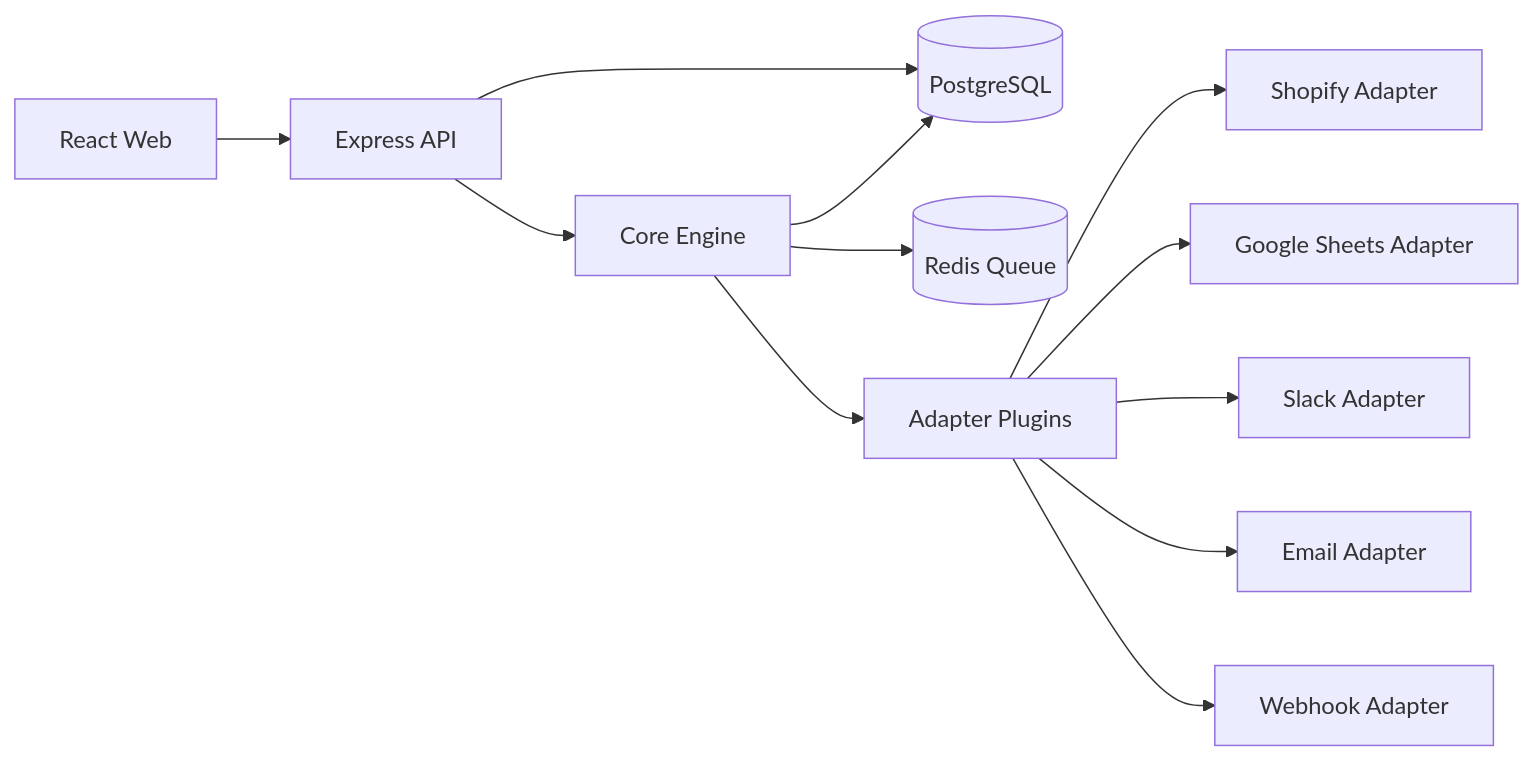
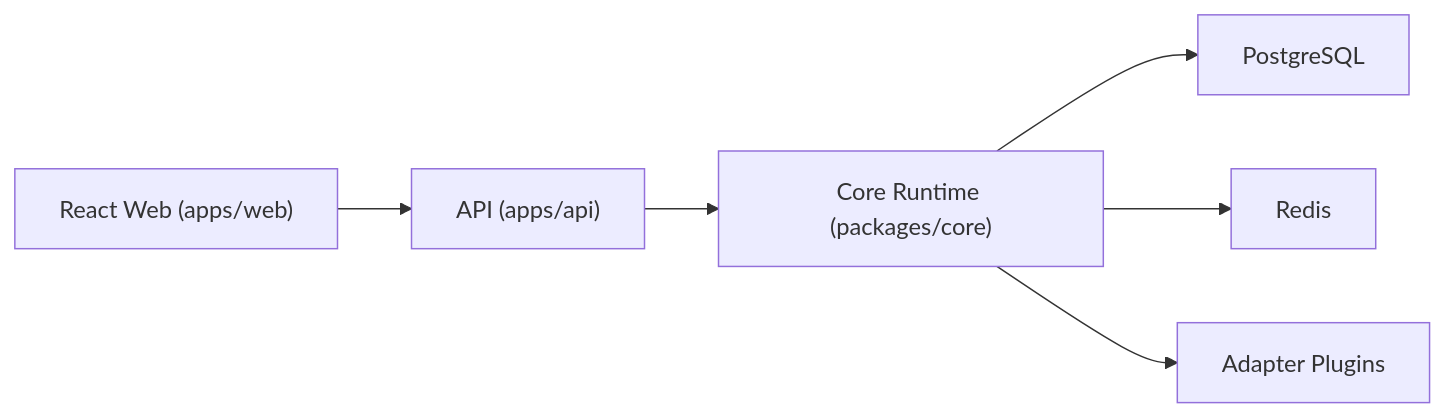
Before and after one commit to penyululz/integrator-project: the diagram in README.md, drawn with Mermaid. The commit also changed other lines of this file and 9 other files, not shown here.

````diff
--- a/README.md
+++ b/README.md
@@ -44,14 +43,8 @@
 ```mermaid
 graph LR
-  Web["React Web"] --> API["Express API"]
-  API --> Core["Core Engine"]
-  API --> DB[(PostgreSQL)]
-  Core --> Redis[(Redis Queue)]
-  Core --> DB
-  Core --> Plugins["Adapter Plugins"]
-  Plugins --> Shopify["Shopify Adapter"]
-  Plugins --> Sheets["Google Sheets Adapter"]
-  Plugins --> Slack["Slack Adapter"]
-  Plugins --> Email["Email Adapter"]
-  Plugins --> Webhook["Webhook Adapter"]
+  Web["React Web (apps/web)"] --> API["API (apps/api)"]
+  API --> Core["Core Runtime (packages/core)"]
+  Core --> PG["PostgreSQL"]
+  Core --> Redis["Redis"]
+  Core --> Adapters["Adapter Plugins"]
 ```
````
